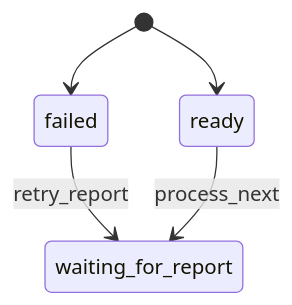
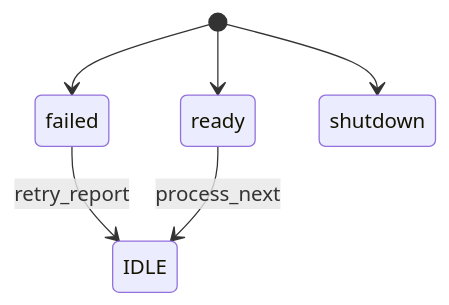
Before and after one commit to sheikkinen/statemachine-engine: the diagram in docs/fsm-diagrams/patient_records/COMPLETION.mermaid, drawn with Mermaid. The commit also changed 20 other files, not shown here.

```diff
--- a/docs/fsm-diagrams/patient_records/COMPLETION.mermaid
+++ b/docs/fsm-diagrams/patient_records/COMPLETION.mermaid
@@ -1,14 +1,16 @@
 stateDiagram-v2
     %% Detailed view of COMPLETION
 
     [*] --> failed
     [*] --> ready
+    [*] --> shutdown
 
     %% Internal transitions
 
     %% External composites
+    state IDLE
     state PROCESSING
 
     %% Transitions to other composites
-    failed --> waiting_for_report : retry_report
-    ready --> waiting_for_report : process_next
+    failed --> IDLE : retry_report
+    ready --> IDLE : process_next
```
